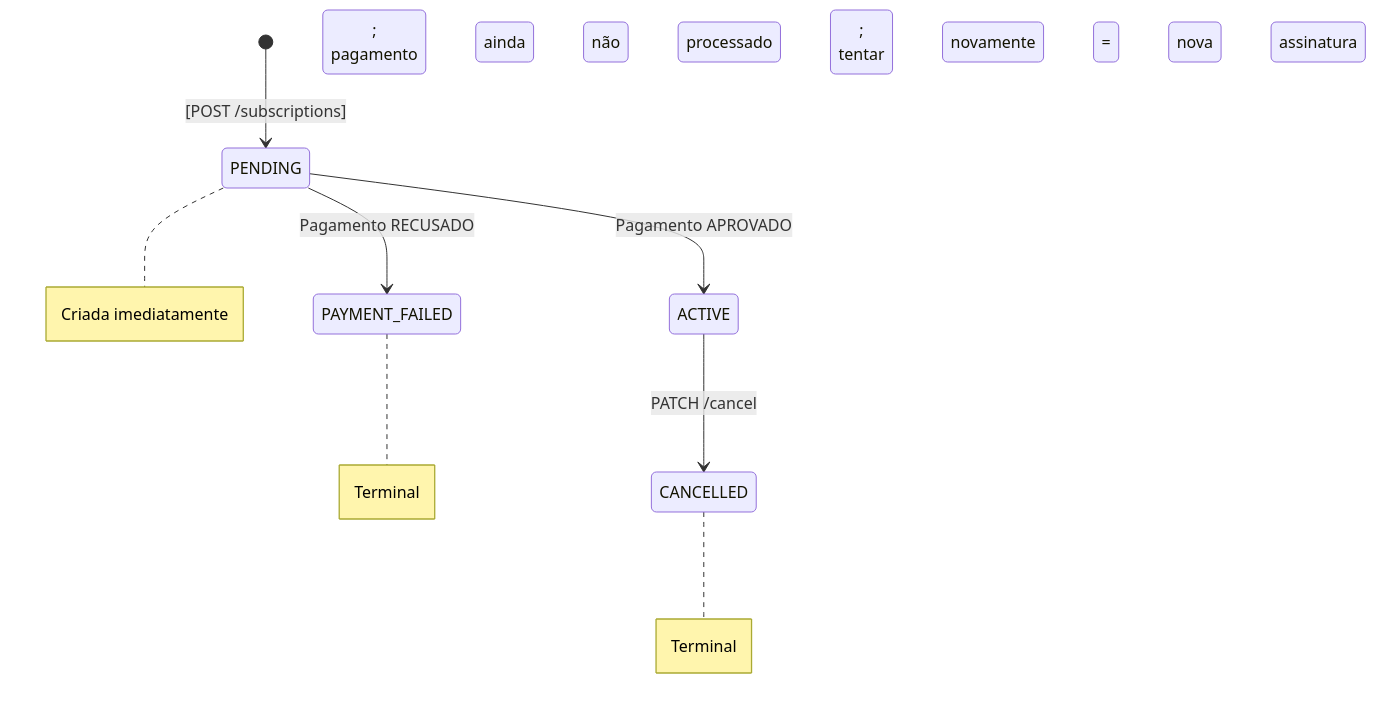
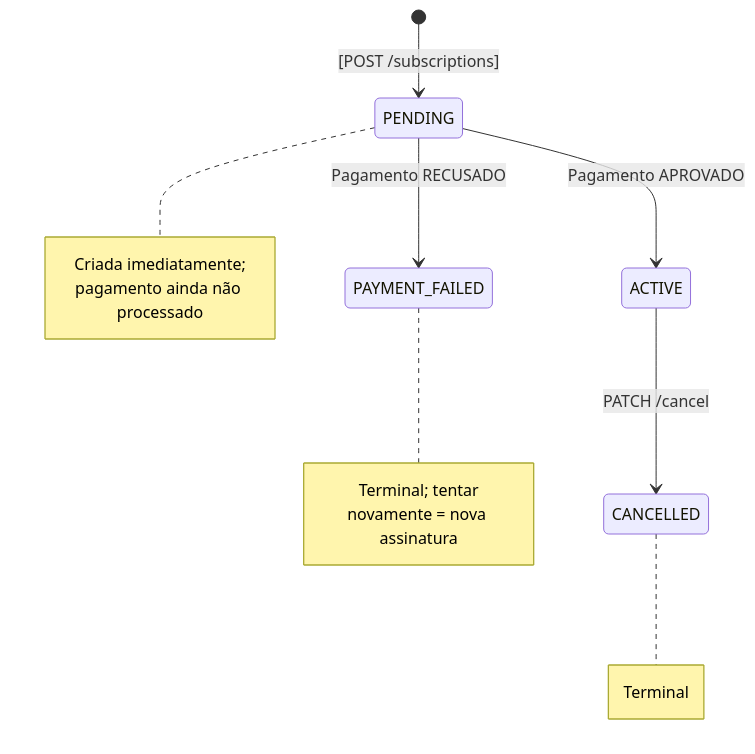
Before and after one commit to ramlow07/veepag-tech-test: the first of 2 diagrams in README.md, drawn with Mermaid.

Commit message:
fix(readme): github mermaid syntax rendering

````diff
--- a/README.md
+++ b/README.md
@@ -194,14 +194,22 @@
 ```mermaid
 stateDiagram-v2
     [*] --> PENDING: [POST /subscriptions]
-    note right of PENDING: Criada imediatamente;<br>pagamento ainda não processado
+    note right of PENDING
+        Criada imediatamente;
+        pagamento ainda não processado
+    end note
 
     PENDING --> ACTIVE: Pagamento APROVADO
     PENDING --> PAYMENT_FAILED: Pagamento RECUSADO
 
-    note right of PAYMENT_FAILED: Terminal;<br>tentar novamente = nova assinatura
+    note right of PAYMENT_FAILED
+        Terminal; tentar
+        novamente = nova assinatura
+    end note
 
     ACTIVE --> CANCELLED: PATCH /cancel
 
-    note right of CANCELLED: Terminal
+    note right of CANCELLED
+        Terminal
+    end note
 ```
````
